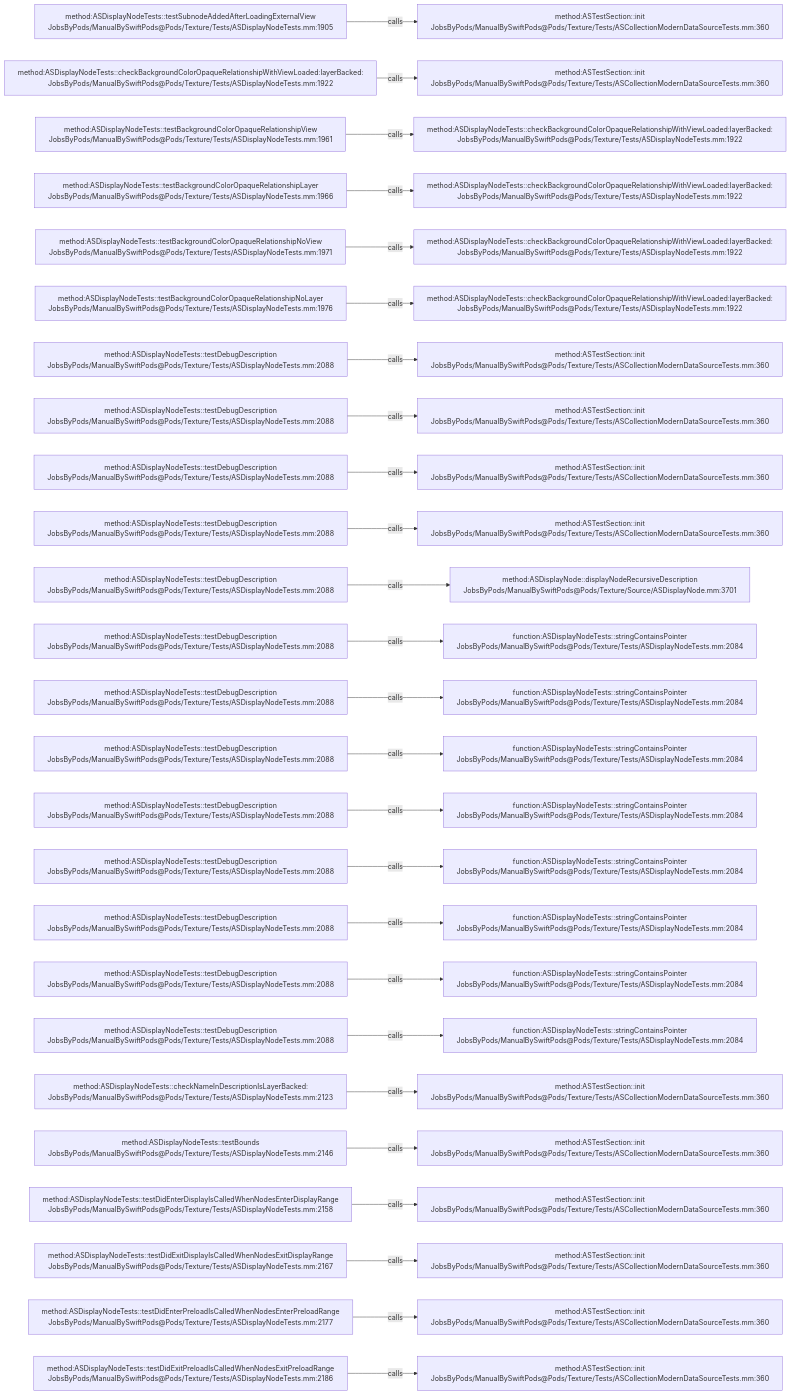
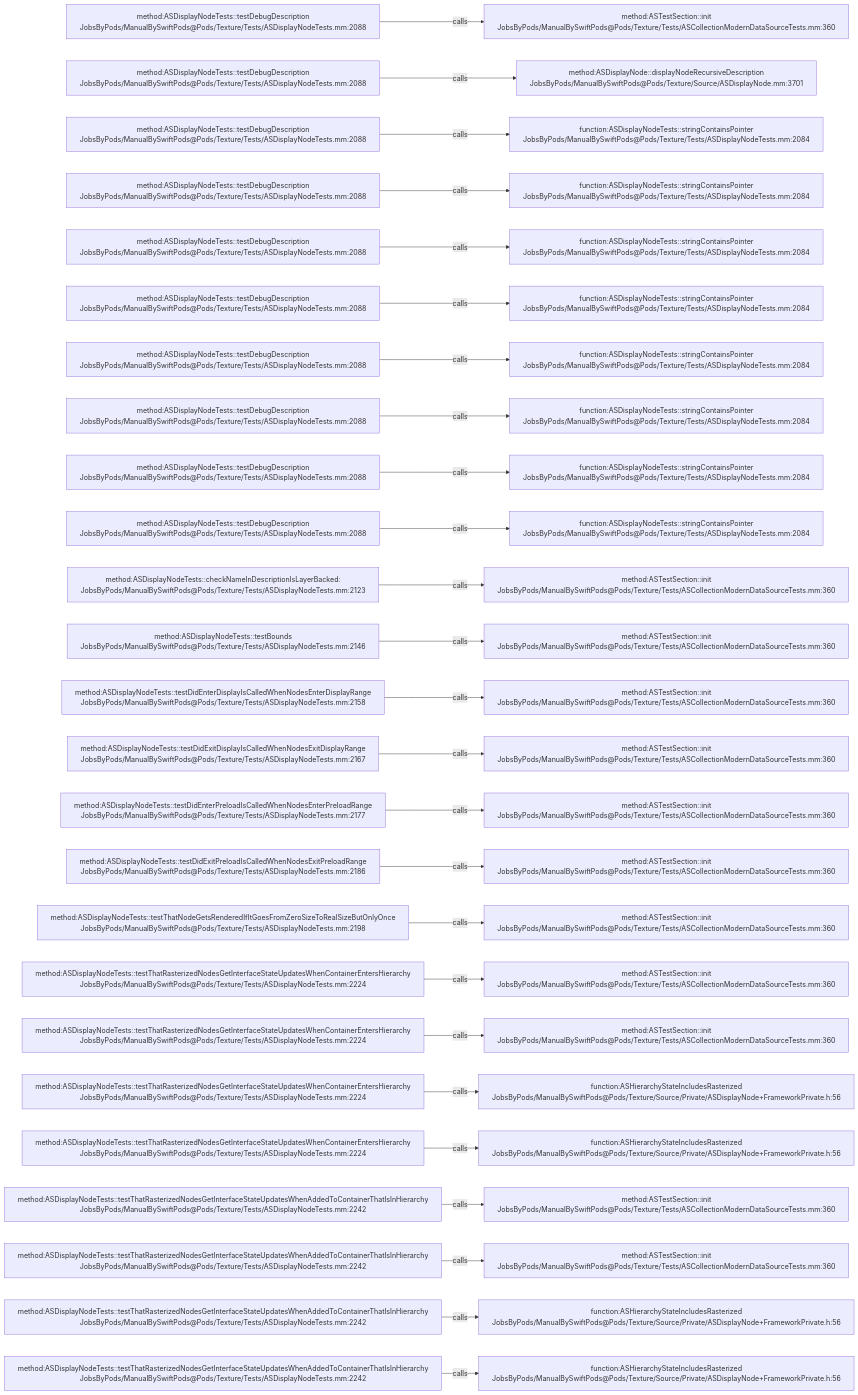
One commit to JobsKits/JobsSwiftBaseConfigDemo changed the diagram in .codegraph/codegraph.md/graphs/calls-194.md. Above: the diagram before and after it, drawn with Mermaid. The commit also changed 707 other files, not shown here.

````diff
--- a/.codegraph/codegraph.md/graphs/calls-194.md
+++ b/.codegraph/codegraph.md/graphs/calls-194.md
@@ -13,78 +13,78 @@
 ```mermaid
 flowchart LR
-  S1["method:ASDisplayNodeTests::testSubnodeAddedAfterLoadingExternalView<br/>JobsByPods/ManualBySwiftPods@Pods/Texture/Tests/ASDisplayNodeTests.mm:1905"]
+  S1["method:ASDisplayNodeTests::testDebugDescription<br/>JobsByPods/ManualBySwiftPods@Pods/Texture/Tests/ASDisplayNodeTests.mm:2088"]
   T1["method:ASTestSection::init<br/>JobsByPods/ManualBySwiftPods@Pods/Texture/Tests/ASCollectionModernDataSourceTests.mm:360"]
   S1 -->|calls| T1
-  S2["method:ASDisplayNodeTests::checkBackgroundColorOpaqueRelationshipWithViewLoaded:layerBacked:<br/>JobsByPods/ManualBySwiftPods@Pods/Texture/Tests/ASDisplayNodeTests.mm:1922"]
-  T2["method:ASTestSection::init<br/>JobsByPods/ManualBySwiftPods@Pods/Texture/Tests/ASCollectionModernDataSourceTests.mm:360"]
+  S2["method:ASDisplayNodeTests::testDebugDescription<br/>JobsByPods/ManualBySwiftPods@Pods/Texture/Tests/ASDisplayNodeTests.mm:2088"]
+  T2["method:ASDisplayNode::displayNodeRecursiveDescription<br/>JobsByPods/ManualBySwiftPods@Pods/Texture/Source/ASDisplayNode.mm:3701"]
   S2 -->|calls| T2
-  S3["method:ASDisplayNodeTests::testBackgroundColorOpaqueRelationshipView<br/>JobsByPods/ManualBySwiftPods@Pods/Texture/Tests/ASDisplayNodeTests.mm:1961"]
-  T3["method:ASDisplayNodeTests::checkBackgroundColorOpaqueRelationshipWithViewLoaded:layerBacked:<br/>JobsByPods/ManualBySwiftPods@Pods/Texture/Tests/ASDisplayNodeTests.mm:1922"]
+  S3["method:ASDisplayNodeTests::testDebugDescription<br/>JobsByPods/ManualBySwiftPods@Pods/Texture/Tests/ASDisplayNodeTests.mm:2088"]
+  T3["function:ASDisplayNodeTests::stringContainsPointer<br/>JobsByPods/ManualBySwiftPods@Pods/Texture/Tests/ASDisplayNodeTests.mm:2084"]
   S3 -->|calls| T3
-  S4["method:ASDisplayNodeTests::testBackgroundColorOpaqueRelationshipLayer<br/>JobsByPods/ManualBySwiftPods@Pods/Texture/Tests/ASDisplayNodeTests.mm:1966"]
-  T4["method:ASDisplayNodeTests::checkBackgroundColorOpaqueRelationshipWithViewLoaded:layerBacked:<br/>JobsByPods/ManualBySwiftPods@Pods/Texture/Tests/ASDisplayNodeTests.mm:1922"]
+  S4["method:ASDisplayNodeTests::testDebugDescription<br/>JobsByPods/ManualBySwiftPods@Pods/Texture/Tests/ASDisplayNodeTests.mm:2088"]
+  T4["function:ASDisplayNodeTests::stringContainsPointer<br/>JobsByPods/ManualBySwiftPods@Pods/Texture/Tests/ASDisplayNodeTests.mm:2084"]
   S4 -->|calls| T4
-  S5["method:ASDisplayNodeTests::testBackgroundColorOpaqueRelationshipNoView<br/>JobsByPods/ManualBySwiftPods@Pods/Texture/Tests/ASDisplayNodeTests.mm:1971"]
-  T5["method:ASDisplayNodeTests::checkBackgroundColorOpaqueRelationshipWithViewLoaded:layerBacked:<br/>JobsByPods/ManualBySwiftPods@Pods/Texture/Tests/ASDisplayNodeTests.mm:1922"]
+  S5["method:ASDisplayNodeTests::testDebugDescription<br/>JobsByPods/ManualBySwiftPods@Pods/Texture/Tests/ASDisplayNodeTests.mm:2088"]
+  T5["function:ASDisplayNodeTests::stringContainsPointer<br/>JobsByPods/ManualBySwiftPods@Pods/Texture/Tests/ASDisplayNodeTests.mm:2084"]
   S5 -->|calls| T5
-  S6["method:ASDisplayNodeTests::testBackgroundColorOpaqueRelationshipNoLayer<br/>JobsByPods/ManualBySwiftPods@Pods/Texture/Tests/ASDisplayNodeTests.mm:1976"]
-  T6["method:ASDisplayNodeTests::checkBackgroundColorOpaqueRelationshipWithViewLoaded:layerBacked:<br/>JobsByPods/ManualBySwiftPods@Pods/Texture/Tests/ASDisplayNodeTests.mm:1922"]
+  S6["method:ASDisplayNodeTests::testDebugDescription<br/>JobsByPods/ManualBySwiftPods@Pods/Texture/Tests/ASDisplayNodeTests.mm:2088"]
+  T6["function:ASDisplayNodeTests::stringContainsPointer<br/>JobsByPods/ManualBySwiftPods@Pods/Texture/Tests/ASDisplayNodeTests.mm:2084"]
   S6 -->|calls| T6
   S7["method:ASDisplayNodeTests::testDebugDescription<br/>JobsByPods/ManualBySwiftPods@Pods/Texture/Tests/ASDisplayNodeTests.mm:2088"]
-  T7["method:ASTestSection::init<br/>JobsByPods/ManualBySwiftPods@Pods/Texture/Tests/ASCollectionModernDataSourceTests.mm:360"]
+  T7["function:ASDisplayNodeTests::stringContainsPointer<br/>JobsByPods/ManualBySwiftPods@Pods/Texture/Tests/ASDisplayNodeTests.mm:2084"]
   S7 -->|calls| T7
   S8["method:ASDisplayNodeTests::testDebugDescription<br/>JobsByPods/ManualBySwiftPods@Pods/Texture/Tests/ASDisplayNodeTests.mm:2088"]
-  T8["method:ASTestSection::init<br/>JobsByPods/ManualBySwiftPods@Pods/Texture/Tests/ASCollectionModernDataSourceTests.mm:360"]
+  T8["function:ASDisplayNodeTests::stringContainsPointer<br/>JobsByPods/ManualBySwiftPods@Pods/Texture/Tests/ASDisplayNodeTests.mm:2084"]
   S8 -->|calls| T8
   S9["method:ASDisplayNodeTests::testDebugDescription<br/>JobsByPods/ManualBySwiftPods@Pods/Texture/Tests/ASDisplayNodeTests.mm:2088"]
-  T9["method:ASTestSection::init<br/>JobsByPods/ManualBySwiftPods@Pods/Texture/Tests/ASCollectionModernDataSourceTests.mm:360"]
+  T9["function:ASDisplayNodeTests::stringContainsPointer<br/>JobsByPods/ManualBySwiftPods@Pods/Texture/Tests/ASDisplayNodeTests.mm:2084"]
   S9 -->|calls| T9
   S10["method:ASDisplayNodeTests::testDebugDescription<br/>JobsByPods/ManualBySwiftPods@Pods/Texture/Tests/ASDisplayNodeTests.mm:2088"]
-  T10["method:ASTestSection::init<br/>JobsByPods/ManualBySwiftPods@Pods/Texture/Tests/ASCollectionModernDataSourceTests.mm:360"]
+  T10["function:ASDisplayNodeTests::stringContainsPointer<br/>JobsByPods/ManualBySwiftPods@Pods/Texture/Tests/ASDisplayNodeTests.mm:2084"]
   S10 -->|calls| T10
-  S11["method:ASDisplayNodeTests::testDebugDescription<br/>JobsByPods/ManualBySwiftPods@Pods/Texture/Tests/ASDisplayNodeTests.mm:2088"]
-  T11["method:ASDisplayNode::displayNodeRecursiveDescription<br/>JobsByPods/ManualBySwiftPods@Pods/Texture/Source/ASDisplayNode.mm:3701"]
+  S11["method:ASDisplayNodeTests::checkNameInDescriptionIsLayerBacked:<br/>JobsByPods/ManualBySwiftPods@Pods/Texture/Tests/ASDisplayNodeTests.mm:2123"]
+  T11["method:ASTestSection::init<br/>JobsByPods/ManualBySwiftPods@Pods/Texture/Tests/ASCollectionModernDataSourceTests.mm:360"]
   S11 -->|calls| T11
-  S12["method:ASDisplayNodeTests::testDebugDescription<br/>JobsByPods/ManualBySwiftPods@Pods/Texture/Tests/ASDisplayNodeTests.mm:2088"]
-  T12["function:ASDisplayNodeTests::stringContainsPointer<br/>JobsByPods/ManualBySwiftPods@Pods/Texture/Tests/ASDisplayNodeTests.mm:2084"]
+  S12["method:ASDisplayNodeTests::testBounds<br/>JobsByPods/ManualBySwiftPods@Pods/Texture/Tests/ASDisplayNodeTests.mm:2146"]
+  T12["method:ASTestSection::init<br/>JobsByPods/ManualBySwiftPods@Pods/Texture/Tests/ASCollectionModernDataSourceTests.mm:360"]
   S12 -->|calls| T12
-  S13["method:ASDisplayNodeTests::testDebugDescription<br/>JobsByPods/ManualBySwiftPods@Pods/Texture/Tests/ASDisplayNodeTests.mm:2088"]
-  T13["function:ASDisplayNodeTests::stringContainsPointer<br/>JobsByPods/ManualBySwiftPods@Pods/Texture/Tests/ASDisplayNodeTests.mm:2084"]
+  S13["method:ASDisplayNodeTests::testDidEnterDisplayIsCalledWhenNodesEnterDisplayRange<br/>JobsByPods/ManualBySwiftPods@Pods/Texture/Tests/ASDisplayNodeTests.mm:2158"]
+  T13["method:ASTestSection::init<br/>JobsByPods/ManualBySwiftPods@Pods/Texture/Tests/ASCollectionModernDataSourceTests.mm:360"]
   S13 -->|calls| T13
-  S14["method:ASDisplayNodeTests::testDebugDescription<br/>JobsByPods/ManualBySwiftPods@Pods/Texture/Tests/ASDisplayNodeTests.mm:2088"]
-  T14["function:ASDisplayNodeTests::stringContainsPointer<br/>JobsByPods/ManualBySwiftPods@Pods/Texture/Tests/ASDisplayNodeTests.mm:2084"]
+  S14["method:ASDisplayNodeTests::testDidExitDisplayIsCalledWhenNodesExitDisplayRange<br/>JobsByPods/ManualBySwiftPods@Pods/Texture/Tests/ASDisplayNodeTests.mm:2167"]
+  T14["method:ASTestSection::init<br/>JobsByPods/ManualBySwiftPods@Pods/Texture/Tests/ASCollectionModernDataSourceTests.mm:360"]
   S14 -->|calls| T14
-  S15["method:ASDisplayNodeTests::testDebugDescription<br/>JobsByPods/ManualBySwiftPods@Pods/Texture/Tests/ASDisplayNodeTests.mm:2088"]
-  T15["function:ASDisplayNodeTests::stringContainsPointer<br/>JobsByPods/ManualBySwiftPods@Pods/Texture/Tests/ASDisplayNodeTests.mm:2084"]
+  S15["method:ASDisplayNodeTests::testDidEnterPreloadIsCalledWhenNodesEnterPreloadRange<br/>JobsByPods/ManualBySwiftPods@Pods/Texture/Tests/ASDisplayNodeTests.mm:2177"]
+  T15["method:ASTestSection::init<br/>JobsByPods/ManualBySwiftPods@Pods/Texture/Tests/ASCollectionModernDataSourceTests.mm:360"]
   S15 -->|calls| T15
-  S16["method:ASDisplayNodeTests::testDebugDescription<br/>JobsByPods/ManualBySwiftPods@Pods/Texture/Tests/ASDisplayNodeTests.mm:2088"]
-  T16["function:ASDisplayNodeTests::stringContainsPointer<br/>JobsByPods/ManualBySwiftPods@Pods/Texture/Tests/ASDisplayNodeTests.mm:2084"]
+  S16["method:ASDisplayNodeTests::testDidExitPreloadIsCalledWhenNodesExitPreloadRange<br/>JobsByPods/ManualBySwiftPods@Pods/Texture/Tests/ASDisplayNodeTests.mm:2186"]
+  T16["method:ASTestSection::init<br/>JobsByPods/ManualBySwiftPods@Pods/Texture/Tests/ASCollectionModernDataSourceTests.mm:360"]
   S16 -->|calls| T16
-  S17["method:ASDisplayNodeTests::testDebugDescription<br/>JobsByPods/ManualBySwiftPods@Pods/Texture/Tests/ASDisplayNodeTests.mm:2088"]
-  T17["function:ASDisplayNodeTests::stringContainsPointer<br/>JobsByPods/ManualBySwiftPods@Pods/Texture/Tests/ASDisplayNodeTests.mm:2084"]
+  S17["method:ASDisplayNodeTests::testThatNodeGetsRenderedIfItGoesFromZeroSizeToRealSizeButOnlyOnce<br/>JobsByPods/ManualBySwiftPods@Pods/Texture/Tests/ASDisplayNodeTests.mm:2198"]
+  T17["method:ASTestSection::init<br/>JobsByPods/ManualBySwiftPods@Pods/Texture/Tests/ASCollectionModernDataSourceTests.mm:360"]
   S17 -->|calls| T17
-  S18["method:ASDisplayNodeTests::testDebugDescription<br/>JobsByPods/ManualBySwiftPods@Pods/Texture/Tests/ASDisplayNodeTests.mm:2088"]
-  T18["function:ASDisplayNodeTests::stringContainsPointer<br/>JobsByPods/ManualBySwiftPods@Pods/Texture/Tests/ASDisplayNodeTests.mm:2084"]
+  S18["method:ASDisplayNodeTests::testThatRasterizedNodesGetInterfaceStateUpdatesWhenContainerEntersHierarchy<br/>JobsByPods/ManualBySwiftPods@Pods/Texture/Tests/ASDisplayNodeTests.mm:2224"]
+  T18["method:ASTestSection::init<br/>JobsByPods/ManualBySwiftPods@Pods/Texture/Tests/ASCollectionModernDataSourceTests.mm:360"]
   S18 -->|calls| T18
-  S19["method:ASDisplayNodeTests::testDebugDescription<br/>JobsByPods/ManualBySwiftPods@Pods/Texture/Tests/ASDisplayNodeTests.mm:2088"]
-  T19["function:ASDisplayNodeTests::stringContainsPointer<br/>JobsByPods/ManualBySwiftPods@Pods/Texture/Tests/ASDisplayNodeTests.mm:2084"]
+  S19["method:ASDisplayNodeTests::testThatRasterizedNodesGetInterfaceStateUpdatesWhenContainerEntersHierarchy<br/>JobsByPods/ManualBySwiftPods@Pods/Texture/Tests/ASDisplayNodeTests.mm:2224"]
+  T19["method:ASTestSection::init<br/>JobsByPods/ManualBySwiftPods@Pods/Texture/Tests/ASCollectionModernDataSourceTests.mm:360"]
   S19 -->|calls| T19
-  S20["method:ASDisplayNodeTests::checkNameInDescriptionIsLayerBacked:<br/>JobsByPods/ManualBySwiftPods@Pods/Texture/Tests/ASDisplayNodeTests.mm:2123"]
-  T20["method:ASTestSection::init<br/>JobsByPods/ManualBySwiftPods@Pods/Texture/Tests/ASCollectionModernDataSourceTests.mm:360"]
+  S20["method:ASDisplayNodeTests::testThatRasterizedNodesGetInterfaceStateUpdatesWhenContainerEntersHierarchy<br/>JobsByPods/ManualBySwiftPods@Pods/Texture/Tests/ASDisplayNodeTests.mm:2224"]
+  T20["function:ASHierarchyStateIncludesRasterized<br/>JobsByPods/ManualBySwiftPods@Pods/Texture/Source/Private/ASDisplayNode+FrameworkPrivate.h:56"]
   S20 -->|calls| T20
-  S21["method:ASDisplayNodeTests::testBounds<br/>JobsByPods/ManualBySwiftPods@Pods/Texture/Tests/ASDisplayNodeTests.mm:2146"]
-  T21["method:ASTestSection::init<br/>JobsByPods/ManualBySwiftPods@Pods/Texture/Tests/ASCollectionModernDataSourceTests.mm:360"]
+  S21["method:ASDisplayNodeTests::testThatRasterizedNodesGetInterfaceStateUpdatesWhenContainerEntersHierarchy<br/>JobsByPods/ManualBySwiftPods@Pods/Texture/Tests/ASDisplayNodeTests.mm:2224"]
+  T21["function:ASHierarchyStateIncludesRasterized<br/>JobsByPods/ManualBySwiftPods@Pods/Texture/Source/Private/ASDisplayNode+FrameworkPrivate.h:56"]
   S21 -->|calls| T21
-  S22["method:ASDisplayNodeTests::testDidEnterDisplayIsCalledWhenNodesEnterDisplayRange<br/>JobsByPods/ManualBySwiftPods@Pods/Texture/Tests/ASDisplayNodeTests.mm:2158"]
+  S22["method:ASDisplayNodeTests::testThatRasterizedNodesGetInterfaceStateUpdatesWhenAddedToContainerThatIsInHierarchy<br/>JobsByPods/ManualBySwiftPods@Pods/Texture/Tests/ASDisplayNodeTests.mm:2242"]
   T22["method:ASTestSection::init<br/>JobsByPods/ManualBySwiftPods@Pods/Texture/Tests/ASCollectionModernDataSourceTests.mm:360"]
   S22 -->|calls| T22
-  S23["method:ASDisplayNodeTests::testDidExitDisplayIsCalledWhenNodesExitDisplayRange<br/>JobsByPods/ManualBySwiftPods@Pods/Texture/Tests/ASDisplayNodeTests.mm:2167"]
+  S23["method:ASDisplayNodeTests::testThatRasterizedNodesGetInterfaceStateUpdatesWhenAddedToContainerThatIsInHierarchy<br/>JobsByPods/ManualBySwiftPods@Pods/Texture/Tests/ASDisplayNodeTests.mm:2242"]
   T23["method:ASTestSection::init<br/>JobsByPods/ManualBySwiftPods@Pods/Texture/Tests/ASCollectionModernDataSourceTests.mm:360"]
   S23 -->|calls| T23
-  S24["method:ASDisplayNodeTests::testDidEnterPreloadIsCalledWhenNodesEnterPreloadRange<br/>JobsByPods/ManualBySwiftPods@Pods/Texture/Tests/ASDisplayNodeTests.mm:2177"]
-  T24["method:ASTestSection::init<br/>JobsByPods/ManualBySwiftPods@Pods/Texture/Tests/ASCollectionModernDataSourceTests.mm:360"]
+  S24["method:ASDisplayNodeTests::testThatRasterizedNodesGetInterfaceStateUpdatesWhenAddedToContainerThatIsInHierarchy<br/>JobsByPods/ManualBySwiftPods@Pods/Texture/Tests/ASDisplayNodeTests.mm:2242"]
+  T24["function:ASHierarchyStateIncludesRasterized<br/>JobsByPods/ManualBySwiftPods@Pods/Texture/Source/Private/ASDisplayNode+FrameworkPrivate.h:56"]
   S24 -->|calls| T24
-  S25["method:ASDisplayNodeTests::testDidExitPreloadIsCalledWhenNodesExitPreloadRange<br/>JobsByPods/ManualBySwiftPods@Pods/Texture/Tests/ASDisplayNodeTests.mm:2186"]
-  T25["method:ASTestSection::init<br/>JobsByPods/ManualBySwiftPods@Pods/Texture/Tests/ASCollectionModernDataSourceTests.mm:360"]
+  S25["method:ASDisplayNodeTests::testThatRasterizedNodesGetInterfaceStateUpdatesWhenAddedToContainerThatIsInHierarchy<br/>JobsByPods/ManualBySwiftPods@Pods/Texture/Tests/ASDisplayNodeTests.mm:2242"]
+  T25["function:ASHierarchyStateIncludesRasterized<br/>JobsByPods/ManualBySwiftPods@Pods/Texture/Source/Private/ASDisplayNode+FrameworkPrivate.h:56"]
   S25 -->|calls| T25
 ```
````
